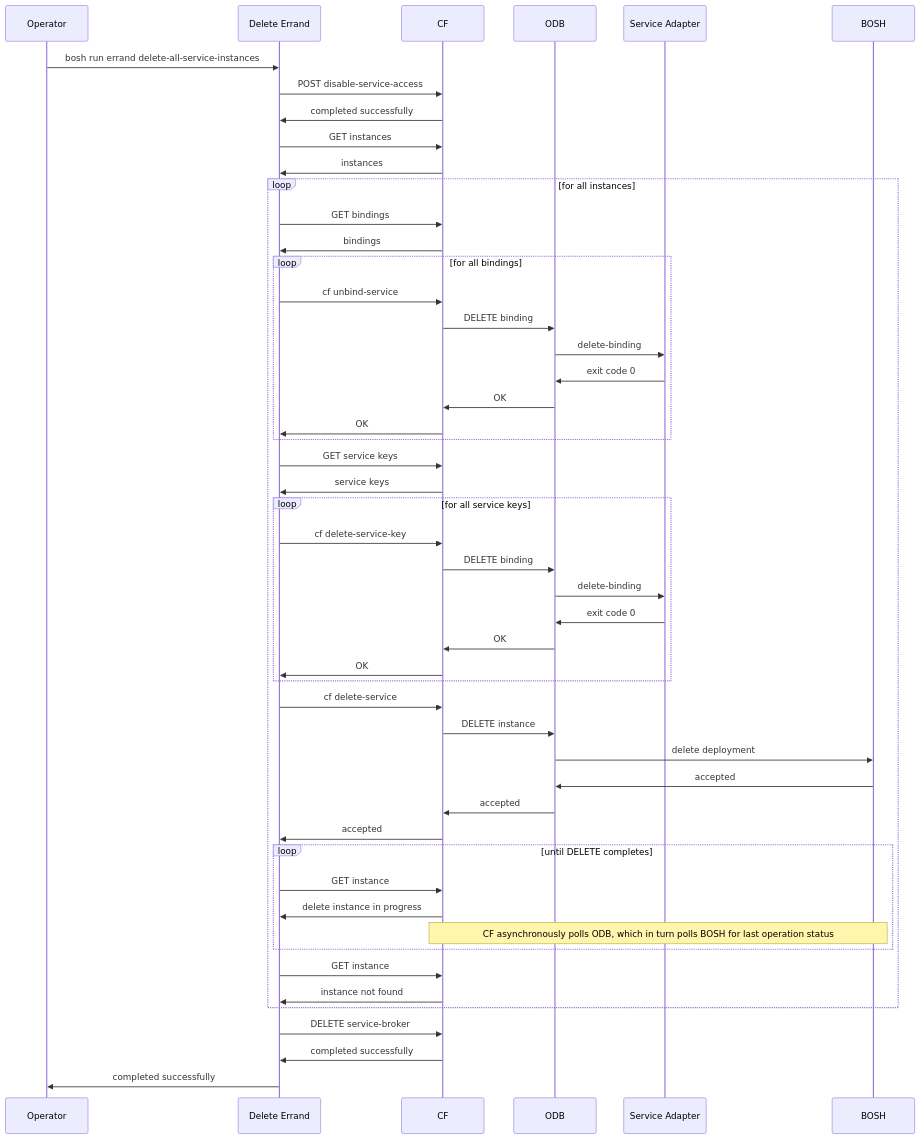
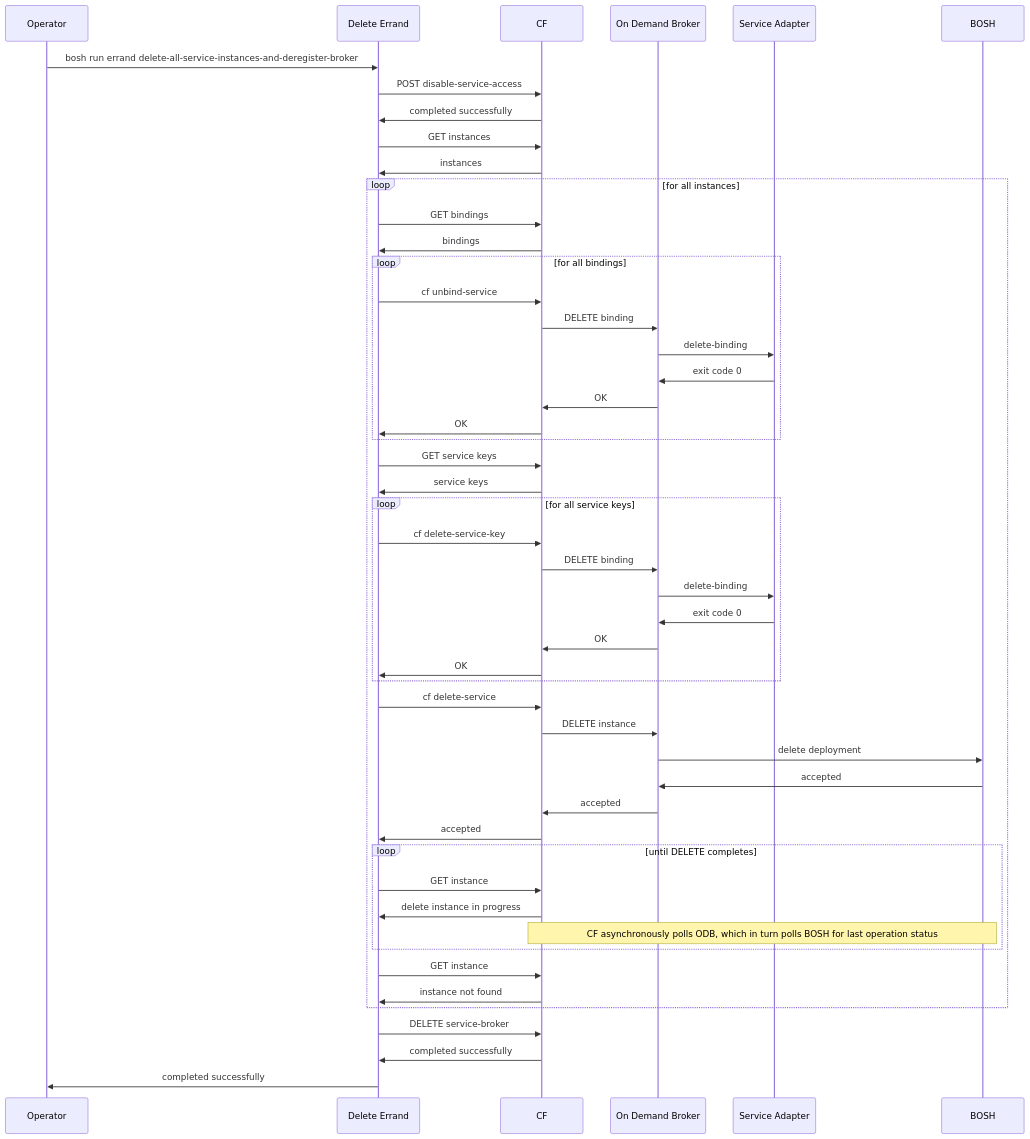
Before and after one commit to pivotal-cf/docs-on-demand-service-broker: the diagram in mmd/delete_all_instances_and_deregister_broker_workflow.mmd, drawn with Mermaid. The commit also changed 6 other files, not shown here.

```diff
--- a/mmd/delete_all_instances_and_deregister_broker_workflow.mmd
+++ b/mmd/delete_all_instances_and_deregister_broker_workflow.mmd
@@ -1,46 +1,46 @@
 <div class="mermaid">
 sequenceDiagram
-  Operator->>Delete Errand:bosh run errand delete-all-service-instances
+  Operator->>Delete Errand:bosh run errand delete-all-service-instances-and-deregister-broker
   Delete Errand->>CF:POST disable-service-access
   CF->>Delete Errand:completed successfully
   Delete Errand->>CF:GET instances
   CF->>Delete Errand:instances
   loop for all instances
     Delete Errand->>CF:GET bindings
     CF->>Delete Errand:bindings
     loop for all bindings
     Delete Errand->>CF:cf unbind-service
-      CF->>ODB: DELETE binding
-      ODB->>Service Adapter:delete-binding
-      Service Adapter->>ODB:exit code 0
-      ODB->>CF:OK
+      CF->>On Demand Broker: DELETE binding
+      On Demand Broker->>Service Adapter:delete-binding
+      Service Adapter->>On Demand Broker:exit code 0
+      On Demand Broker->>CF:OK
       CF->>Delete Errand:OK
     end
     Delete Errand->>CF:GET service keys
     CF->>Delete Errand:service keys
     loop for all service keys
     Delete Errand->>CF:cf delete-service-key
-      CF->>ODB: DELETE binding
-      ODB->>Service Adapter:delete-binding
-      Service Adapter->>ODB:exit code 0
-      ODB->>CF:OK
+      CF->>On Demand Broker: DELETE binding
+      On Demand Broker->>Service Adapter:delete-binding
+      Service Adapter->>On Demand Broker:exit code 0
+      On Demand Broker->>CF:OK
       CF->>Delete Errand:OK
     end
     Delete Errand->>CF:cf delete-service
-    CF->>ODB:DELETE instance
-    ODB->>BOSH:delete deployment
-    BOSH->>ODB:accepted
-    ODB->>CF:accepted
+    CF->>On Demand Broker:DELETE instance
+    On Demand Broker->>BOSH:delete deployment
+    BOSH->>On Demand Broker:accepted
+    On Demand Broker->>CF:accepted
     CF->>Delete Errand:accepted
     loop until DELETE completes
       Delete Errand->>CF:GET instance
       CF->>Delete Errand:delete instance in progress
       Note over CF,BOSH: CF asynchronously polls ODB, which in turn polls BOSH for last operation status
     end
     Delete Errand->>CF:GET instance
     CF->>Delete Errand:instance not found
   end
   Delete Errand->>CF:DELETE service-broker
   CF->>Delete Errand:completed successfully
   Delete Errand->>Operator:completed successfully
 </div>
```
